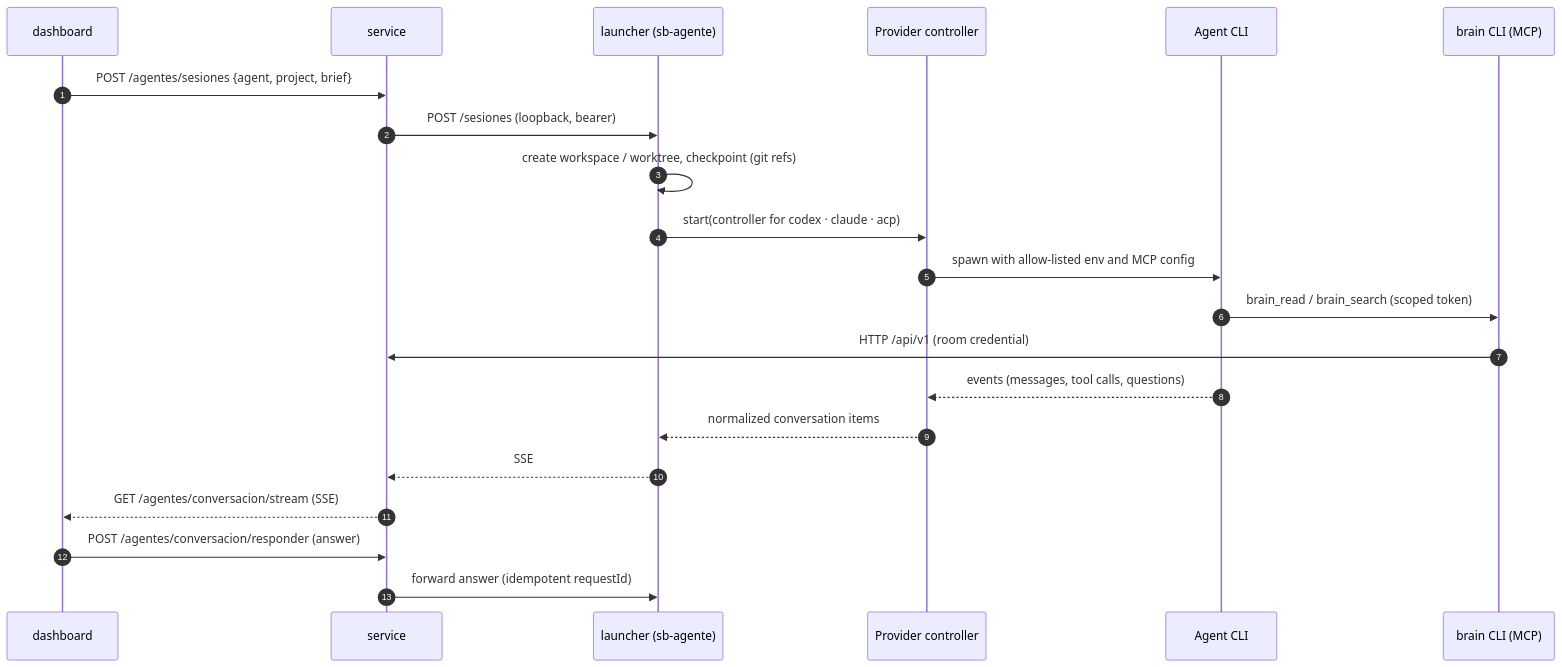
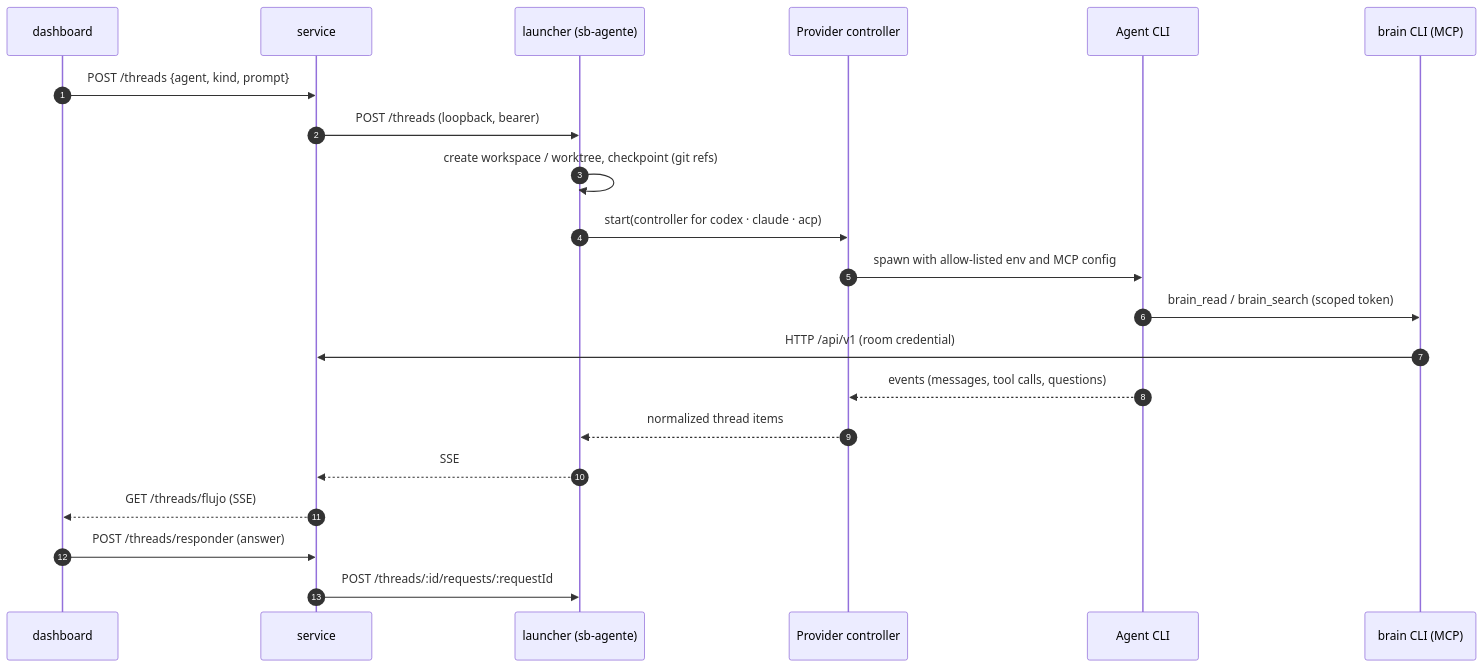
One commit to paul-jar4millo/SecondBrain changed the second of 3 diagrams in docs/architecture/sequences.md. Above: the diagram before and after it, drawn with Mermaid. The commit also changed other lines of this file and 121 other files, not shown here.

````diff
--- a/docs/architecture/sequences.md
+++ b/docs/architecture/sequences.md
@@ -41,24 +41,24 @@
 ```mermaid
 sequenceDiagram
   autonumber
   participant D as dashboard
   participant S as service
   participant L as launcher (sb-agente)
   participant P as Provider controller
   participant CLI as Agent CLI
   participant M as brain CLI (MCP)
 
-  D->>S: POST /agentes/sesiones {agent, project, brief}
-  S->>L: POST /sesiones (loopback, bearer)
+  D->>S: POST /threads {agent, kind, prompt}
+  S->>L: POST /threads (loopback, bearer)
   L->>L: create workspace / worktree, checkpoint (git refs)
   L->>P: start(controller for codex · claude · acp)
   P->>CLI: spawn with allow-listed env and MCP config
   CLI->>M: brain_read / brain_search (scoped token)
   M->>S: HTTP /api/v1 (room credential)
   CLI-->>P: events (messages, tool calls, questions)
-  P-->>L: normalized conversation items
+  P-->>L: normalized thread items
   L-->>S: SSE
-  S-->>D: GET /agentes/conversacion/stream (SSE)
-  D->>S: POST /agentes/conversacion/responder (answer)
-  S->>L: forward answer (idempotent requestId)
+  S-->>D: GET /threads/flujo (SSE)
+  D->>S: POST /threads/responder (answer)
+  S->>L: POST /threads/:id/requests/:requestId
 ```
````
